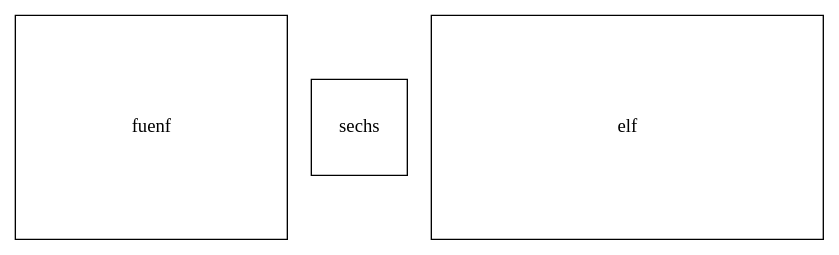
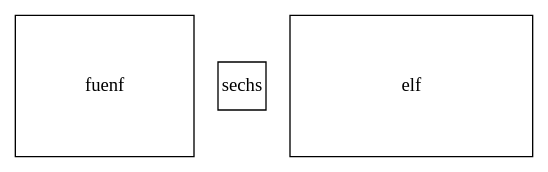
The diagram in x3d/temp.dot (stefanrinderle/SoftViz3D), drawn with Graphviz before and after one commit. The commit also changed 6 other files, not shown here.

```diff
--- a/x3d/temp.dot
+++ b/x3d/temp.dot
@@ -1,5 +1,11 @@
 digraph G {
-fuenf[shape="rectangle" width="2.83333333333", height="2.33333333333", fixedsize=true, type="node"];
-sechs[shape="rectangle" width="1", height="1", fixedsize=true, type="leaf"];
-elf[shape="rectangle" width="4.08333333333", height="2.33333333333", fixedsize=true, type="node"];
+fuenf[shape="rectangle" width="1.86111111111", 
+								height="1.47222222222", fixedsize=true, 
+								type="node"];
+sechs[shape="rectangle" width="0.5", 
+								height="0.5", fixedsize=true, 
+								type="leaf"];
+elf[shape="rectangle" width="2.52777777778", 
+								height="1.47222222222", fixedsize=true, 
+								type="node"];
 }
```
